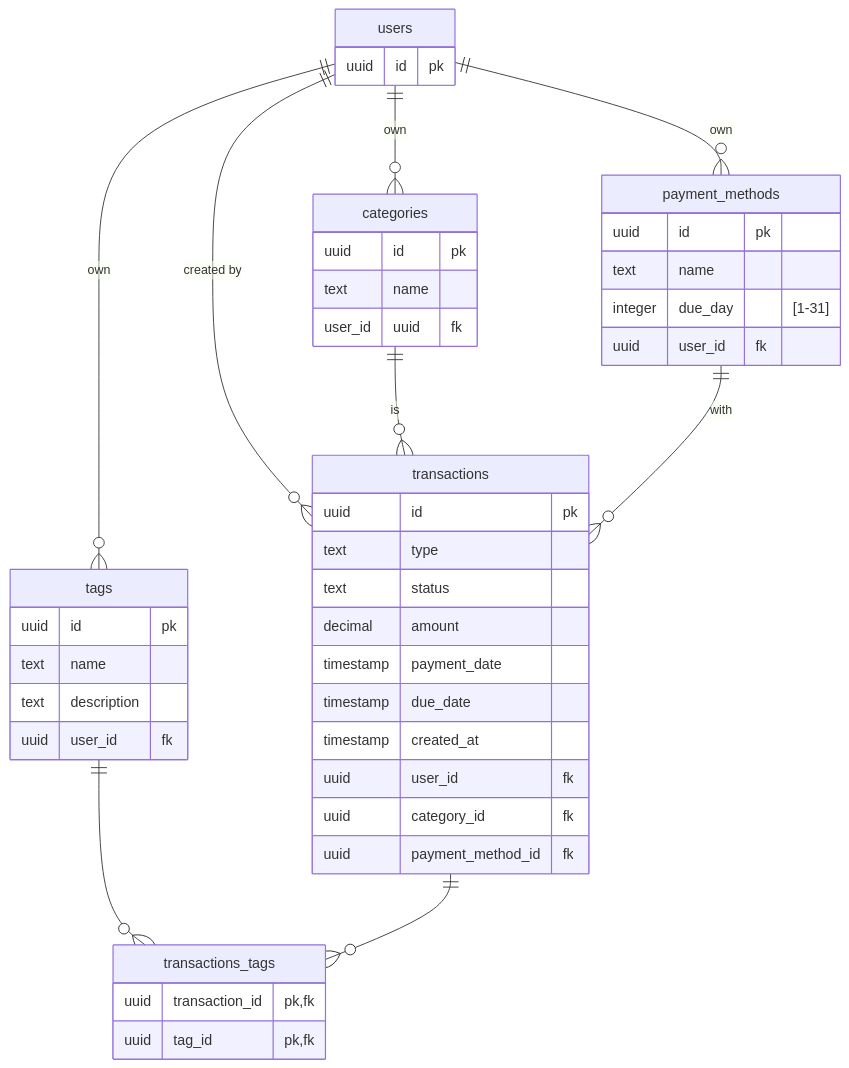
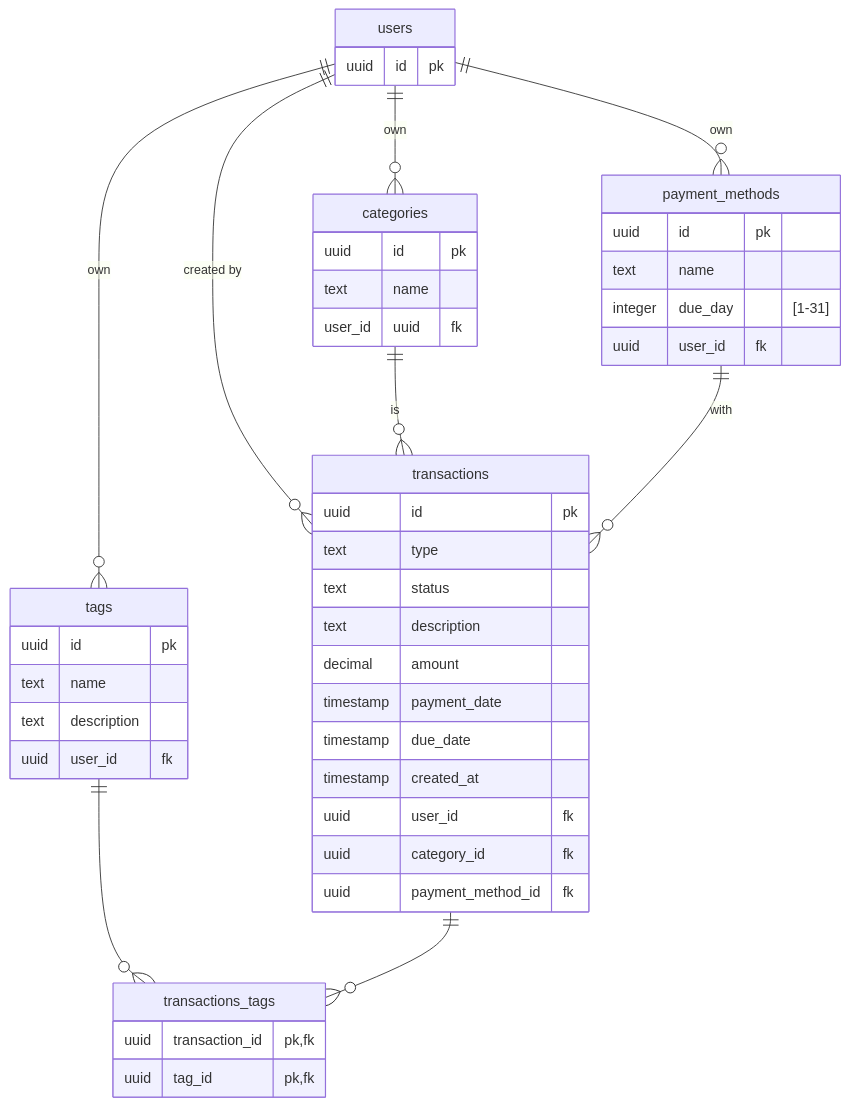
The diagram in docs/diagrams/ER.md (gabrielpandrade/financeiro), drawn with Mermaid before and after one commit. The commit also changed 1 other file, not shown here.

Commit message:
update: data definitions

````diff
--- a/docs/diagrams/ER.md
+++ b/docs/diagrams/ER.md
@@ -1,58 +1,59 @@
 ```mermaid
 erDiagram
     users {
         uuid id pk
     }
 
     tags {
         uuid id pk
         text name
         text description
         uuid user_id fk
     }
 
     transactions_tags {
         uuid transaction_id pk,fk
         uuid tag_id pk,fk
     }
 
     categories {
         uuid id pk
         text name
         user_id uuid fk
     }
 
     payment_methods {
         uuid id pk
         text name
         integer due_day "[1-31]" 
         uuid user_id fk
     }
 
     transactions {
         uuid id pk
         text type
         text status
+        text description
         decimal amount
         timestamp payment_date
         timestamp due_date
         timestamp created_at
         uuid user_id fk
         uuid category_id fk
         uuid payment_method_id fk
     }
 
     users ||--o{ tags : "own"
     users ||--o{ categories : "own"
     users ||--o{ payment_methods : "own"
     users ||--o{ transactions : "created by"
 
     tags ||--o{ transactions_tags : ""
 
     transactions ||--o{ transactions_tags : ""
 
     categories ||--o{ transactions : "is"
 
     payment_methods ||--o{ transactions : "with"
 
 ```
````
